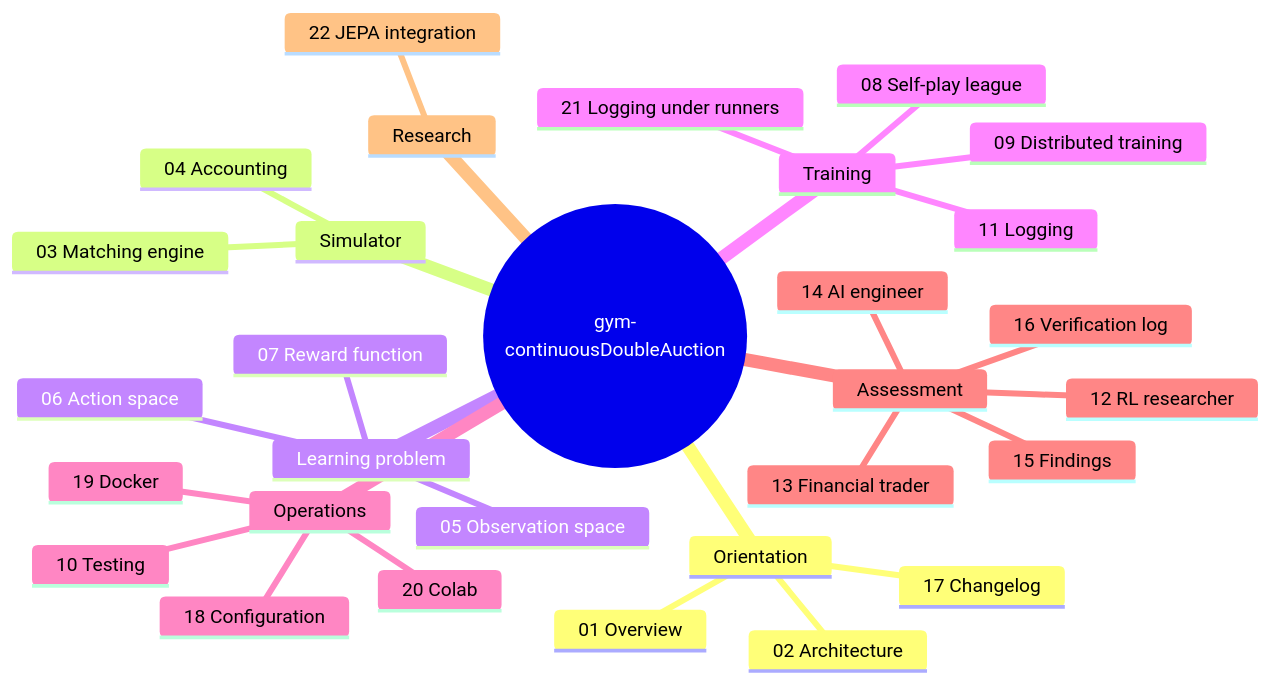
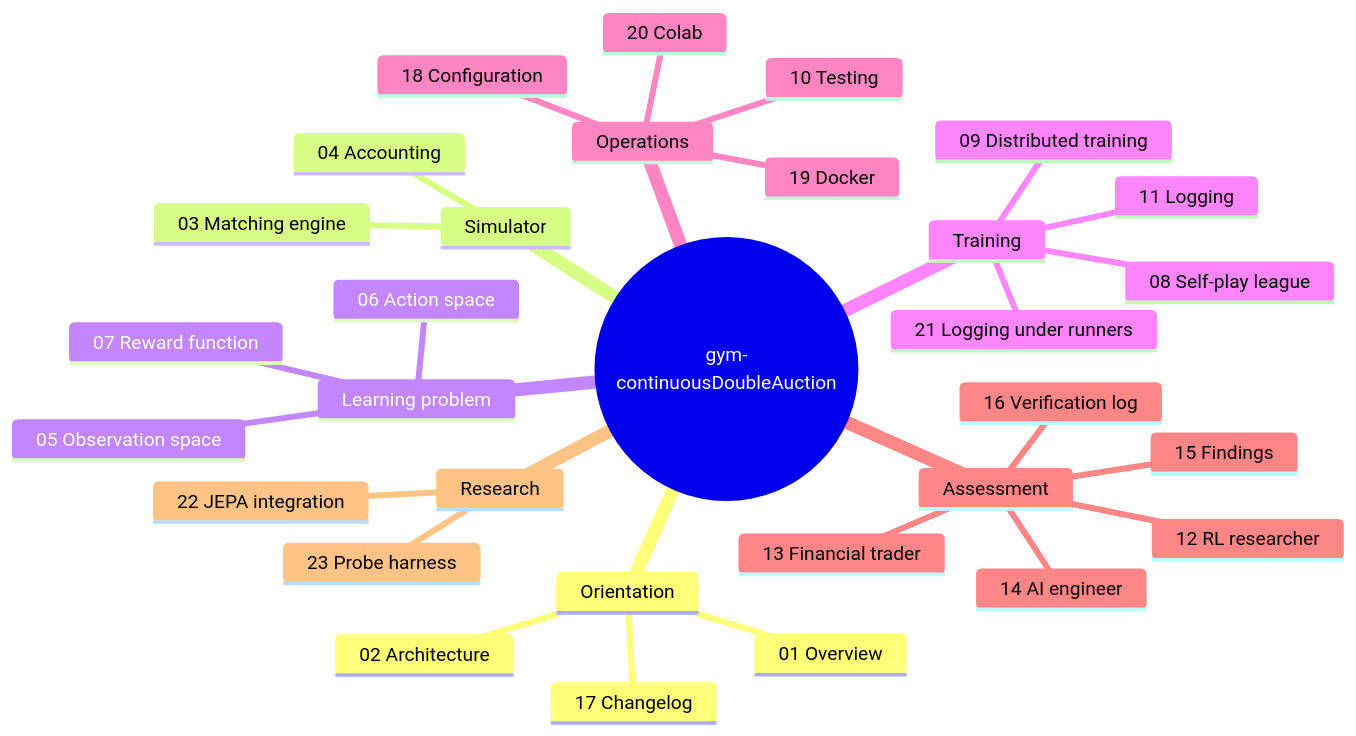
One commit to ChuaCheowHuan/gym-continuousDoubleAuction changed the second of 2 diagrams in README.md. Above: the diagram before and after it, drawn with Mermaid. The commit also changed other lines of this file and 17 other files, not shown here.

First line of the commit message:
Add the reward-free probe harness

````diff
--- a/README.md
+++ b/README.md
@@ -55,33 +55,34 @@
 ```mermaid
 mindmap
   root(("gym-continuousDoubleAuction"))
     Orientation
       01 Overview
       02 Architecture
       17 Changelog
     Simulator
       03 Matching engine
       04 Accounting
     Learning problem
       05 Observation space
       06 Action space
       07 Reward function
     Training
       08 Self-play league
       09 Distributed training
       11 Logging
       21 Logging under runners
     Operations
       18 Configuration
       19 Docker
       20 Colab
       10 Testing
     Assessment
       12 RL researcher
       13 Financial trader
       14 AI engineer
       15 Findings
       16 Verification log
     Research
       22 JEPA integration
+      23 Probe harness
 ```
````
